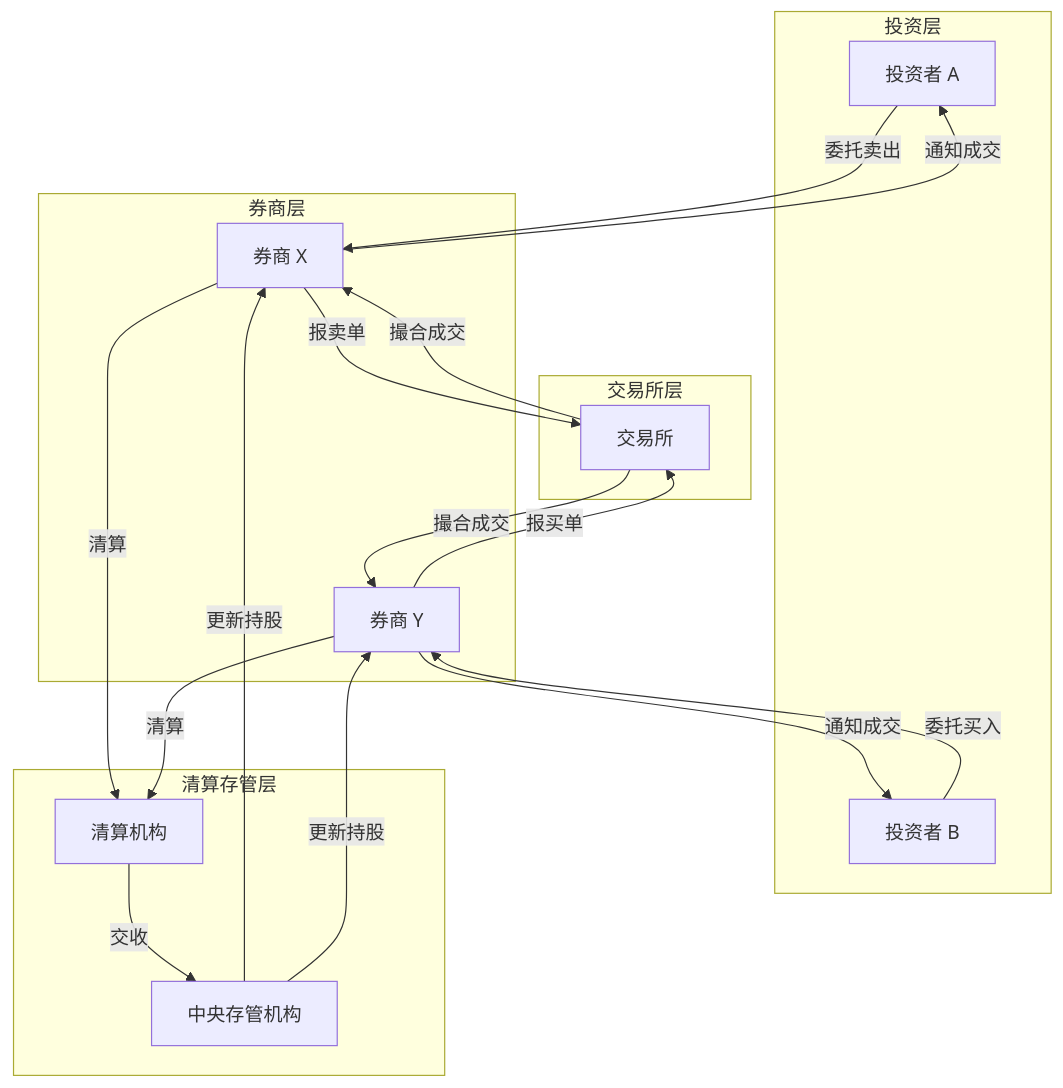
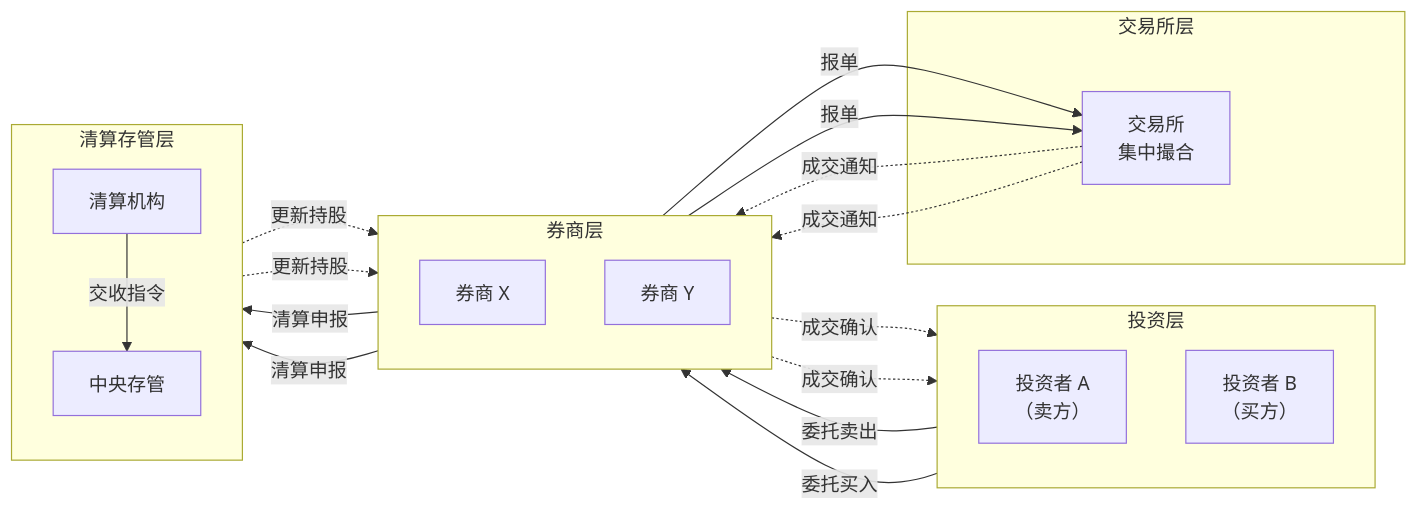
Before and after one commit to puppylpg/puppylpg.github.io: the seventh of 14 diagrams in _tutorials/2026-06-19-stock-market-lifecycle-tutorial.md, drawn with Mermaid. The commit also changed other lines of this file, not shown here.

First line of the commit message:
Enhance stock market tutorial with new concepts, diagrams, and fixes

````diff
--- a/_tutorials/2026-06-19-stock-market-lifecycle-tutorial.md
+++ b/_tutorials/2026-06-19-stock-market-lifecycle-tutorial.md
@@ -202,35 +356,31 @@
 ```mermaid
-flowchart TB
+flowchart LR
     subgraph 投资层
-        U1[投资者 A]
-        U2[投资者 B]
+        direction TB
+        U1["投资者 A\n（卖方）"]
+        U2["投资者 B\n（买方）"]
     end
-
     subgraph 券商层
+        direction TB
         B1[券商 X]
         B2[券商 Y]
     end
-
     subgraph 交易所层
-        E[交易所]
+        E["交易所\n集中撮合"]
+    end
+    subgraph 清算存管层
+        direction TB
+        C[清算机构]
+        D[中央存管]
     end
 
-    subgraph 清算存管层
-        C[清算机构]
-        D[中央存管机构]
-    end
-
-    U1 -->|委托卖出| B1
-    U2 -->|委托买入| B2
-    B1 -->|报卖单| E
-    B2 -->|报买单| E
-    E -->|撮合成交| B1
-    E -->|撮合成交| B2
-    B1 -->|清算| C
-    B2 -->|清算| C
-    C -->|交收| D
-    D -->|更新持股| B1
-    D -->|更新持股| B2
-    B1 -->|通知成交| U1
-    B2 -->|通知成交| U2
+    U1 -->|"委托卖出"| B1
+    U2 -->|"委托买入"| B2
+    B1 & B2 -->|"报单"| E
+    E -.->|"成交通知"| B1 & B2
+    B1 & B2 -->|"清算申报"| C
+    C -->|"交收指令"| D
+    D -.->|"更新持股"| B1 & B2
+    B1 -.->|"成交确认"| U1
+    B2 -.->|"成交确认"| U2
 ```
````
